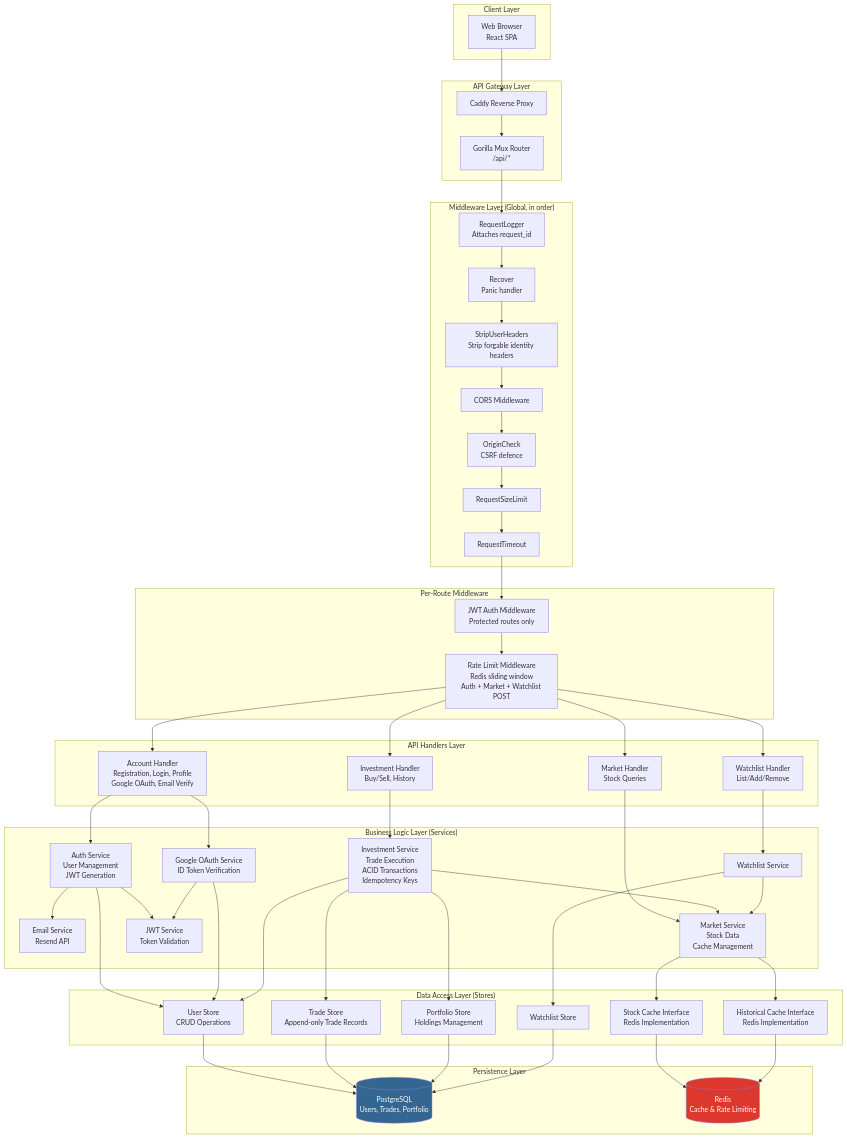
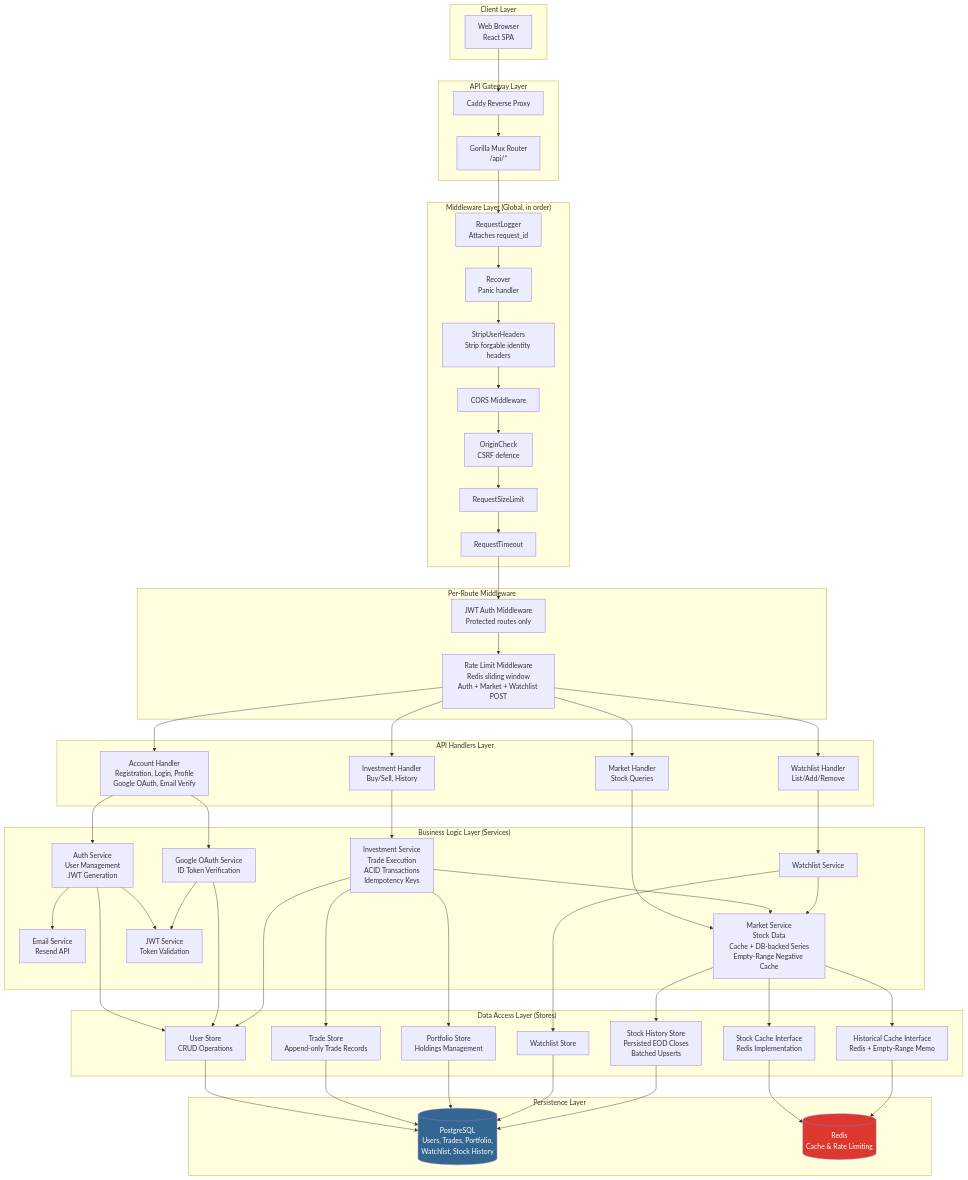
The second of 9 diagrams in docs/SYSTEMS_DIAGRAM.md (aidanjamai/PaperTrader), drawn with Mermaid before and after one commit. The commit also changed other lines of this file and 20 other files, not shown here.

Commit message:
add graphs

```diff
--- a/docs/SYSTEMS_DIAGRAM.md
+++ b/docs/SYSTEMS_DIAGRAM.md
@@ -93,7 +93,7 @@
         AuthService[Auth Service<br/>User Management<br/>JWT Generation]
         GoogleOAuthService[Google OAuth Service<br/>ID Token Verification]
         EmailService[Email Service<br/>Resend API]
-        MarketService[Market Service<br/>Stock Data<br/>Cache Management]
+        MarketService[Market Service<br/>Stock Data<br/>Cache + DB-backed Series<br/>Empty-Range Negative Cache]
         InvestmentService[Investment Service<br/>Trade Execution<br/>ACID Transactions<br/>Idempotency Keys]
         WatchlistService[Watchlist Service]
         JWTService[JWT Service<br/>Token Validation]
@@ -104,12 +104,13 @@
         TradeStore[Trade Store<br/>Append-only Trade Records]
         PortfolioStore[Portfolio Store<br/>Holdings Management]
         WatchlistStore[Watchlist Store]
+        StockHistoryStore[Stock History Store<br/>Persisted EOD Closes<br/>Batched Upserts]
         StockCache[Stock Cache Interface<br/>Redis Implementation]
-        HistoricalCache[Historical Cache Interface<br/>Redis Implementation]
+        HistoricalCache[Historical Cache Interface<br/>Redis + Empty-Range Memo]
     end
 
     subgraph "Persistence Layer"
-        PostgreSQL[(PostgreSQL<br/>Users, Trades, Portfolio)]
+        PostgreSQL[(PostgreSQL<br/>Users, Trades, Portfolio,<br/>Watchlist, Stock History)]
         Redis[(Redis<br/>Cache & Rate Limiting)]
     end
 
@@ -142,6 +143,7 @@
     GoogleOAuthService --> JWTService
     MarketService --> StockCache
     MarketService --> HistoricalCache
+    MarketService --> StockHistoryStore
     InvestmentService --> MarketService
     InvestmentService --> UserStore
     InvestmentService --> TradeStore
@@ -153,6 +155,7 @@
     TradeStore --> PostgreSQL
     PortfolioStore --> PostgreSQL
     WatchlistStore --> PostgreSQL
+    StockHistoryStore --> PostgreSQL
     StockCache --> Redis
     HistoricalCache --> Redis
 
```
